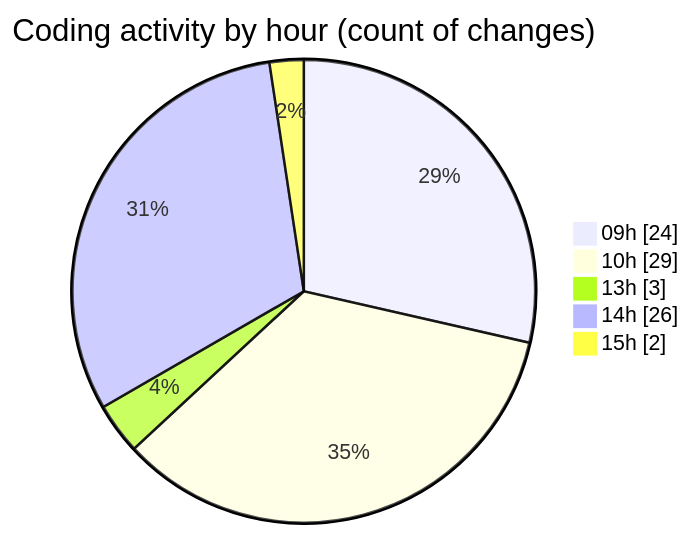
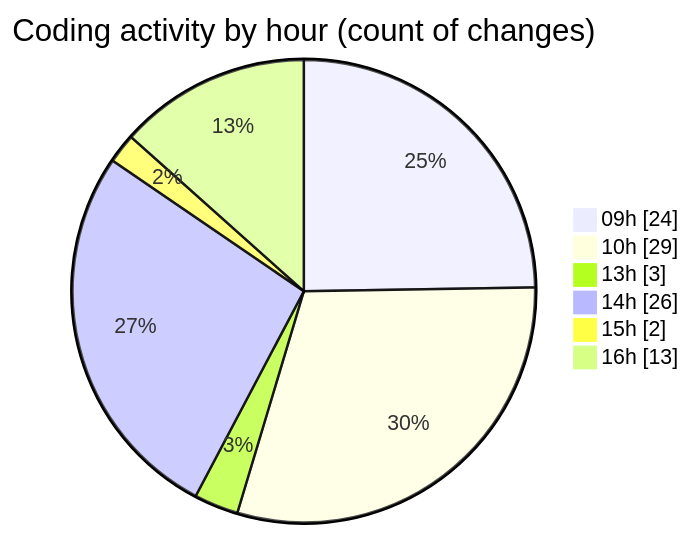
Before and after one commit to MatusMokan/code-tracking: the second of 2 diagrams in 2025-05-08/myws__workspace_/README.md, drawn with Mermaid. The commit also changed other lines of this file and 1 other file, not shown here.

````diff
--- a/2025-05-08/myws__workspace_/README.md
+++ b/2025-05-08/myws__workspace_/README.md
@@ -31,9 +31,10 @@
 ```mermaid
 pie showData
 title Coding activity by hour (count of changes)
 "09h" : 24
 "10h" : 29
 "13h" : 3
 "14h" : 26
 "15h" : 2
+"16h" : 13
 ```
````
